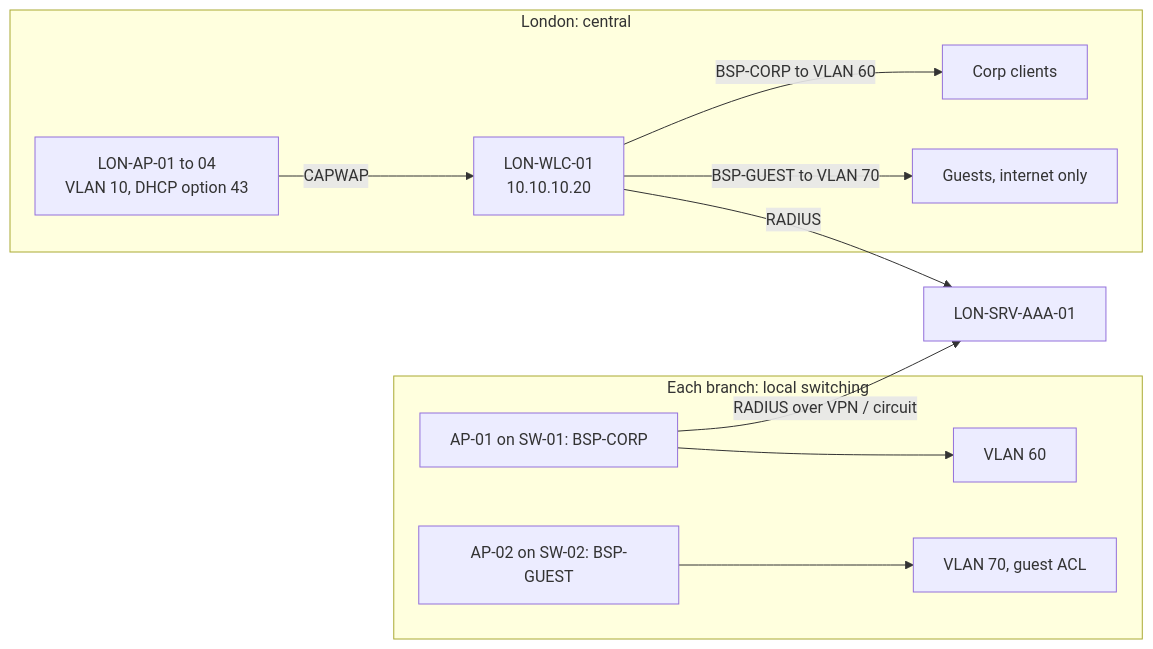
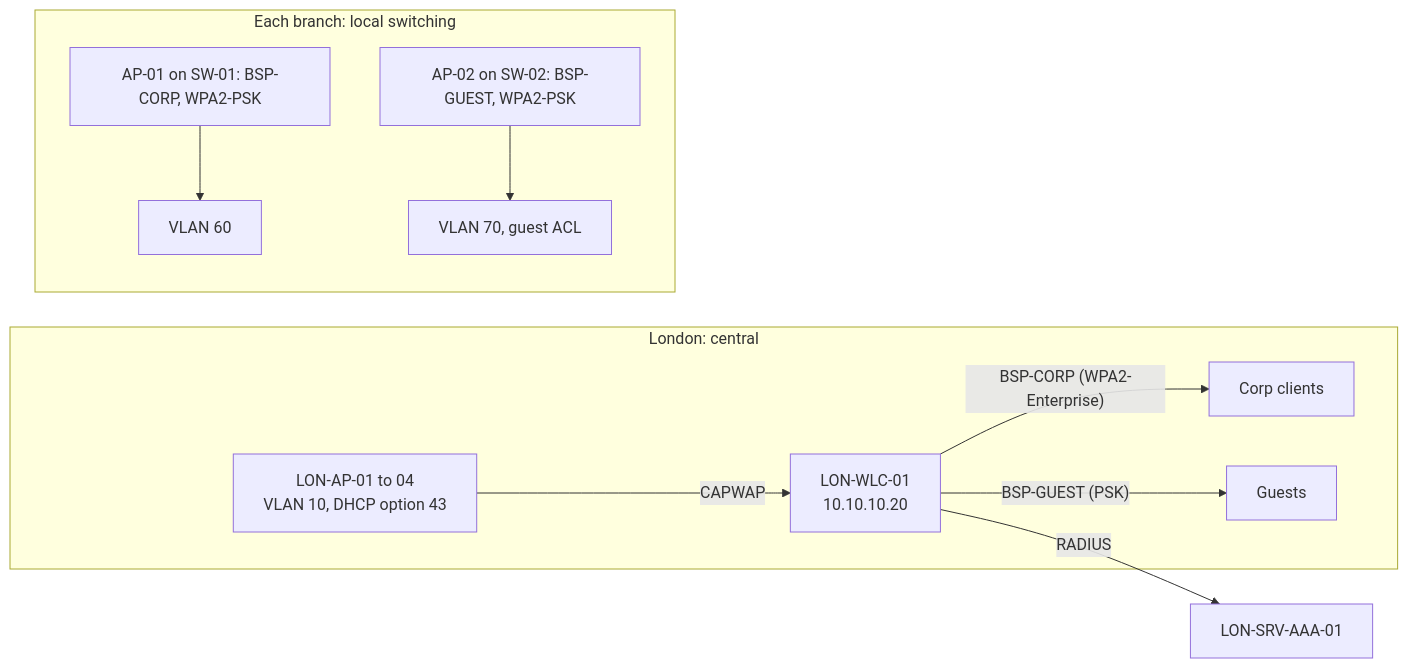
Before and after one commit to atahan99/bosphorus-enterprise-net: the seventh of 7 diagrams in diagrams/README.md, drawn with Mermaid. The commit also changed other lines of this file and 39 other files, not shown here.

````diff
--- a/diagrams/README.md
+++ b/diagrams/README.md
@@ -143,14 +143,13 @@
 ```mermaid
 flowchart LR
   subgraph LONW["London: central"]
     AP["LON-AP-01 to 04<br/>VLAN 10, DHCP option 43"] -- CAPWAP --> WLC["LON-WLC-01<br/>10.10.10.20"]
-    WLC -- "BSP-CORP to VLAN 60" --> CORP["Corp clients"]
-    WLC -- "BSP-GUEST to VLAN 70" --> GUEST["Guests, internet only"]
+    WLC -- "BSP-CORP (WPA2-Enterprise)" --> CORP["Corp clients"]
+    WLC -- "BSP-GUEST (PSK)" --> GUEST["Guests"]
   end
   subgraph BR["Each branch: local switching"]
-    BAP1["AP-01 on SW-01: BSP-CORP"] --> V60["VLAN 60"]
-    BAP2["AP-02 on SW-02: BSP-GUEST"] --> V70["VLAN 70, guest ACL"]
+    BAP1["AP-01 on SW-01: BSP-CORP, WPA2-PSK"] --> V60["VLAN 60"]
+    BAP2["AP-02 on SW-02: BSP-GUEST, WPA2-PSK"] --> V70["VLAN 70, guest ACL"]
   end
   WLC -- "RADIUS" --> AAA["LON-SRV-AAA-01"]
-  BAP1 -- "RADIUS over VPN / circuit" --> AAA
 ```
````
